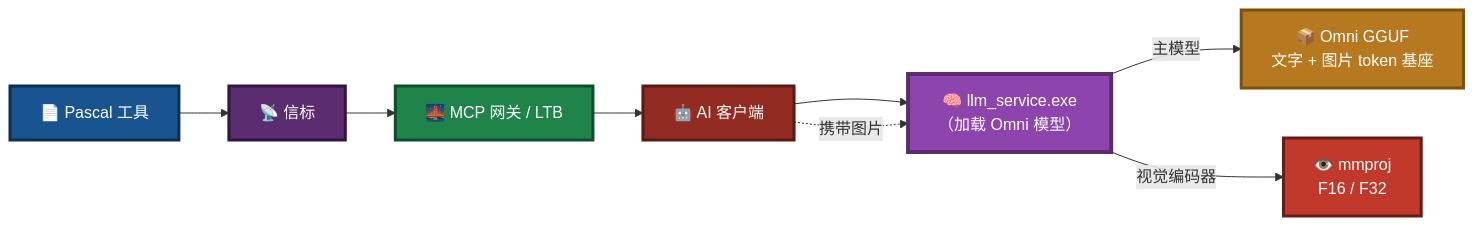
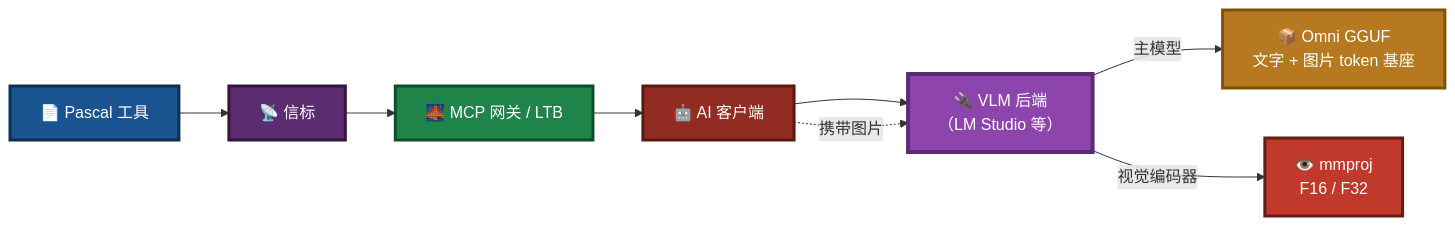
One commit to PassByYou888/LingoFuse-pasAgent-v3 changed the fourth of 16 diagrams in NVIDIA-Nemotron-3-Nano-Omni-30B-A3B-Reasoning-UD-IQ4_XS.md. Above: the diagram before and after it, drawn with Mermaid. The commit also changed other lines of this file, not shown here.

````diff
--- a/NVIDIA-Nemotron-3-Nano-Omni-30B-A3B-Reasoning-UD-IQ4_XS.md
+++ b/NVIDIA-Nemotron-3-Nano-Omni-30B-A3B-Reasoning-UD-IQ4_XS.md
@@ -192,18 +211,18 @@
 ```mermaid
 flowchart LR
     A["📄 Pascal 工具"] --> B["📡 信标"]
     B --> C["🌉 MCP 网关 / LTB"]
     C --> D["🤖 AI 客户端"]
-    D --> E["🧠 llm_service.exe<br/>（加载 Omni 模型）"]
+    D --> E["🔌 VLM 后端<br/>（LM Studio 等）"]
     E -->|"主模型"| F["📦 Omni GGUF<br/>文字 + 图片 token 基座"]
     E -->|"视觉编码器"| G["👁️ mmproj<br/>F16 / F32"]
     D -.->|"携带图片"| E
 
     style A fill:#1A5490,stroke:#0D2F52,stroke-width:3px,color:#FFFFFF
     style B fill:#5B2C6F,stroke:#321640,stroke-width:3px,color:#FFFFFF
     style C fill:#1E8449,stroke:#0E4D2A,stroke-width:3px,color:#FFFFFF
     style D fill:#922B21,stroke:#5A1A14,stroke-width:3px,color:#FFFFFF
     style E fill:#8E44AD,stroke:#5B2C6F,stroke-width:4px,color:#FFFFFF
     style F fill:#B7791F,stroke:#7E5109,stroke-width:3px,color:#FFFFFF
     style G fill:#C0392B,stroke:#641E16,stroke-width:3px,color:#FFFFFF
 ```
````
